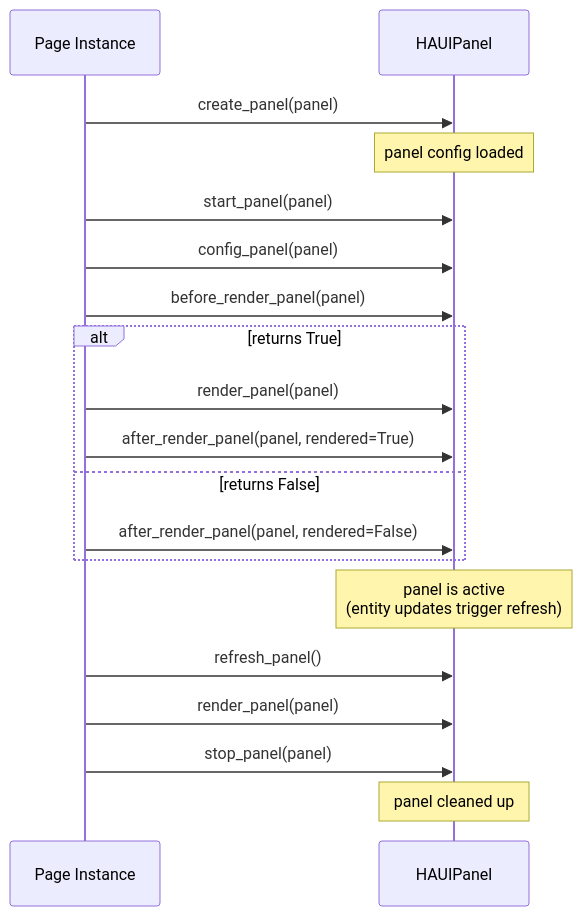
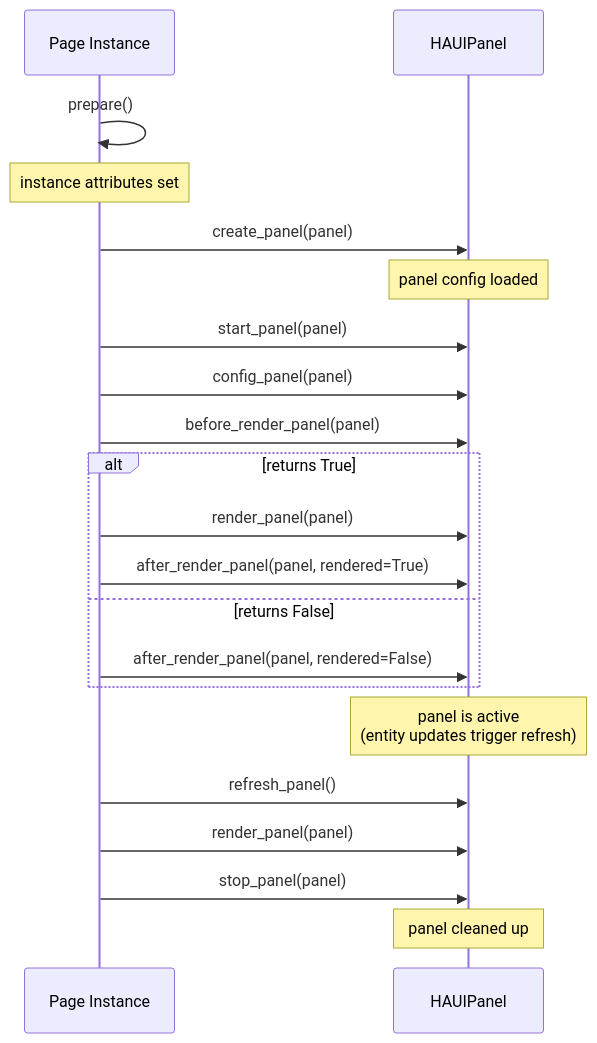
The first of 2 diagrams in docs/hub.md (happydasch/nspanel_haui), drawn with Mermaid before and after one commit. The commit also changed other lines of this file and 97 other files, not shown here.

````diff
--- a/docs/hub.md
+++ b/docs/hub.md
@@ -94,27 +93,30 @@
 ```mermaid
 sequenceDiagram
     participant Page as Page Instance
     participant Panel as HAUIPanel
+
+    Page->>Page: prepare()
+    Note over Page: instance attributes set
 
     Page->>Panel: create_panel(panel)
     Note over Panel: panel config loaded
 
     Page->>Panel: start_panel(panel)
     Page->>Panel: config_panel(panel)
 
     Page->>Panel: before_render_panel(panel)
     alt returns True
         Page->>Panel: render_panel(panel)
         Page->>Panel: after_render_panel(panel, rendered=True)
     else returns False
         Page->>Panel: after_render_panel(panel, rendered=False)
     end
 
     Note over Panel: panel is active<br/>(entity updates trigger refresh)
 
     Page->>Panel: refresh_panel()
     Page->>Panel: render_panel(panel)
 
     Page->>Panel: stop_panel(panel)
     Note over Panel: panel cleaned up
 ```
````
